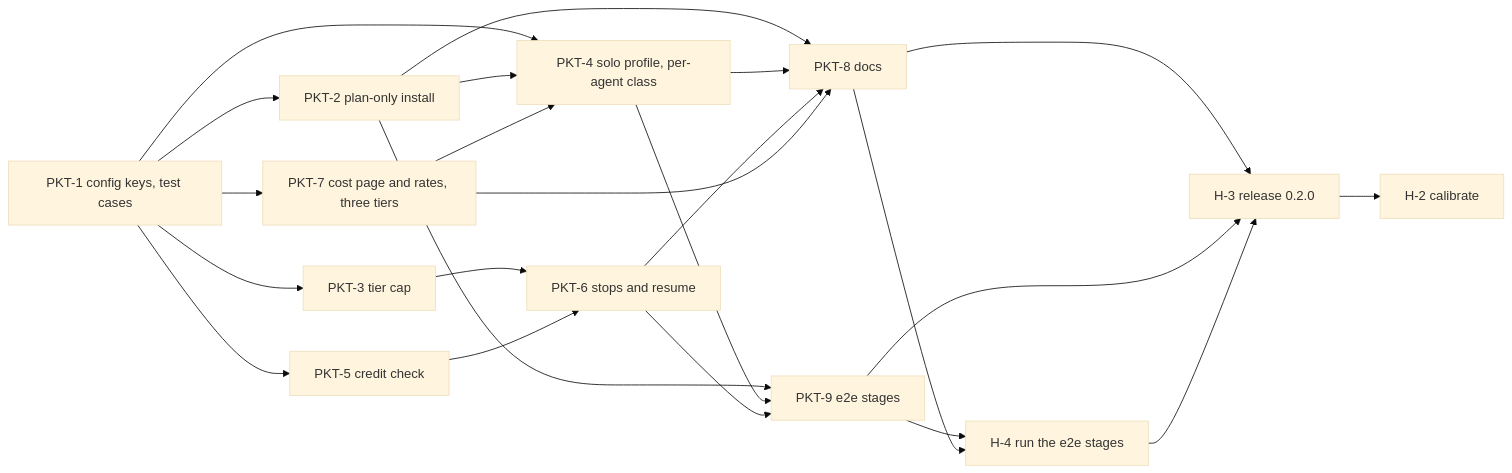
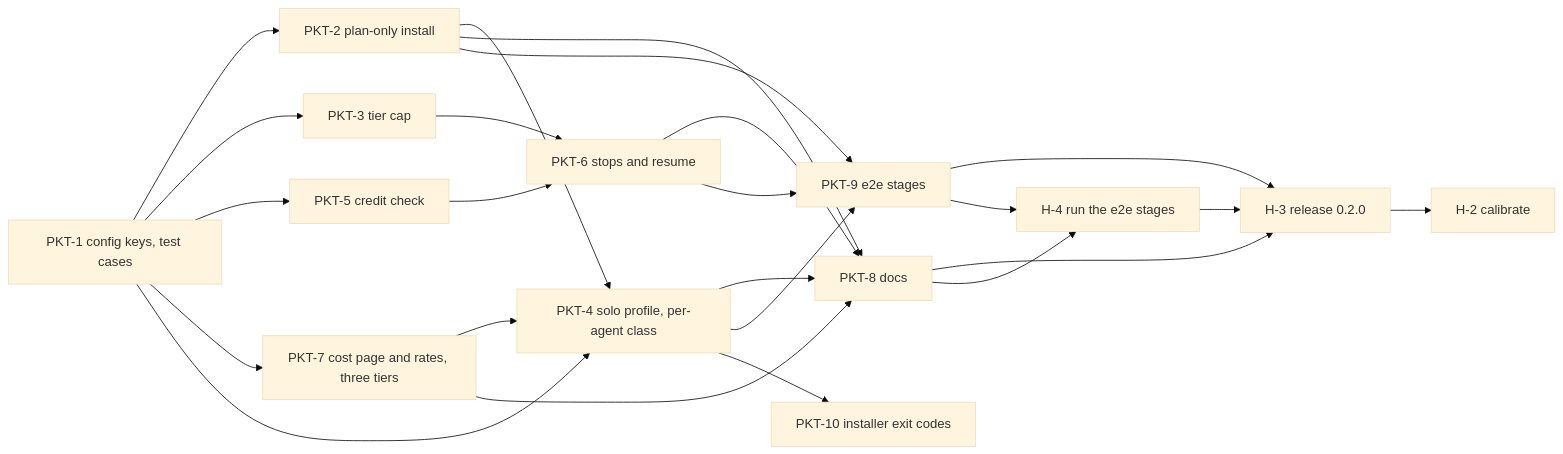
Before and after one commit to uoqbon/packets: the diagram in docs/plan/solo-budget/plan.md, drawn with Mermaid (base theme). The commit also changed other lines of this file and 1 other file, not shown here.

First line of the commit message:
Plan: PKT-10 makes every installer error exit 2 (#41)

````diff
--- a/docs/plan/solo-budget/plan.md
+++ b/docs/plan/solo-budget/plan.md
@@ -63,25 +64,26 @@
 ```mermaid
 flowchart LR
   PKT1[PKT-1 config keys, test cases] --> PKT2[PKT-2 plan-only install]
   PKT1 --> PKT3[PKT-3 tier cap]
   PKT1 --> PKT5[PKT-5 credit check]
   PKT1 --> PKT7[PKT-7 cost page and rates, three tiers]
   PKT1 --> PKT4[PKT-4 solo profile, per-agent class]
   PKT2 --> PKT4
   PKT7 --> PKT4
   PKT3 --> PKT6[PKT-6 stops and resume]
   PKT5 --> PKT6
   PKT2 --> PKT8[PKT-8 docs]
   PKT4 --> PKT8
   PKT6 --> PKT8
   PKT7 --> PKT8
   PKT2 --> PKT9[PKT-9 e2e stages]
   PKT4 --> PKT9
   PKT6 --> PKT9
+  PKT4 --> PKT10[PKT-10 installer exit codes]
   PKT8 --> H3[H-3 release 0.2.0]
   PKT9 --> H3
   PKT9 --> H4[H-4 run the e2e stages]
   PKT8 --> H4
   H4 --> H3
   H3 --> H2[H-2 calibrate]
 ```
````
